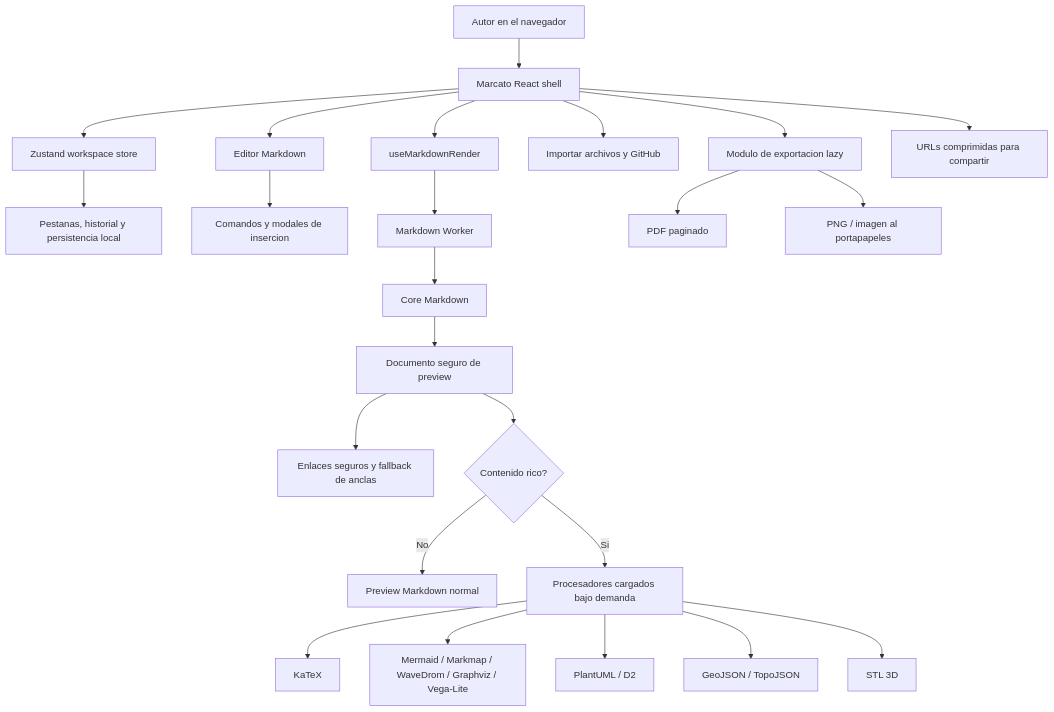
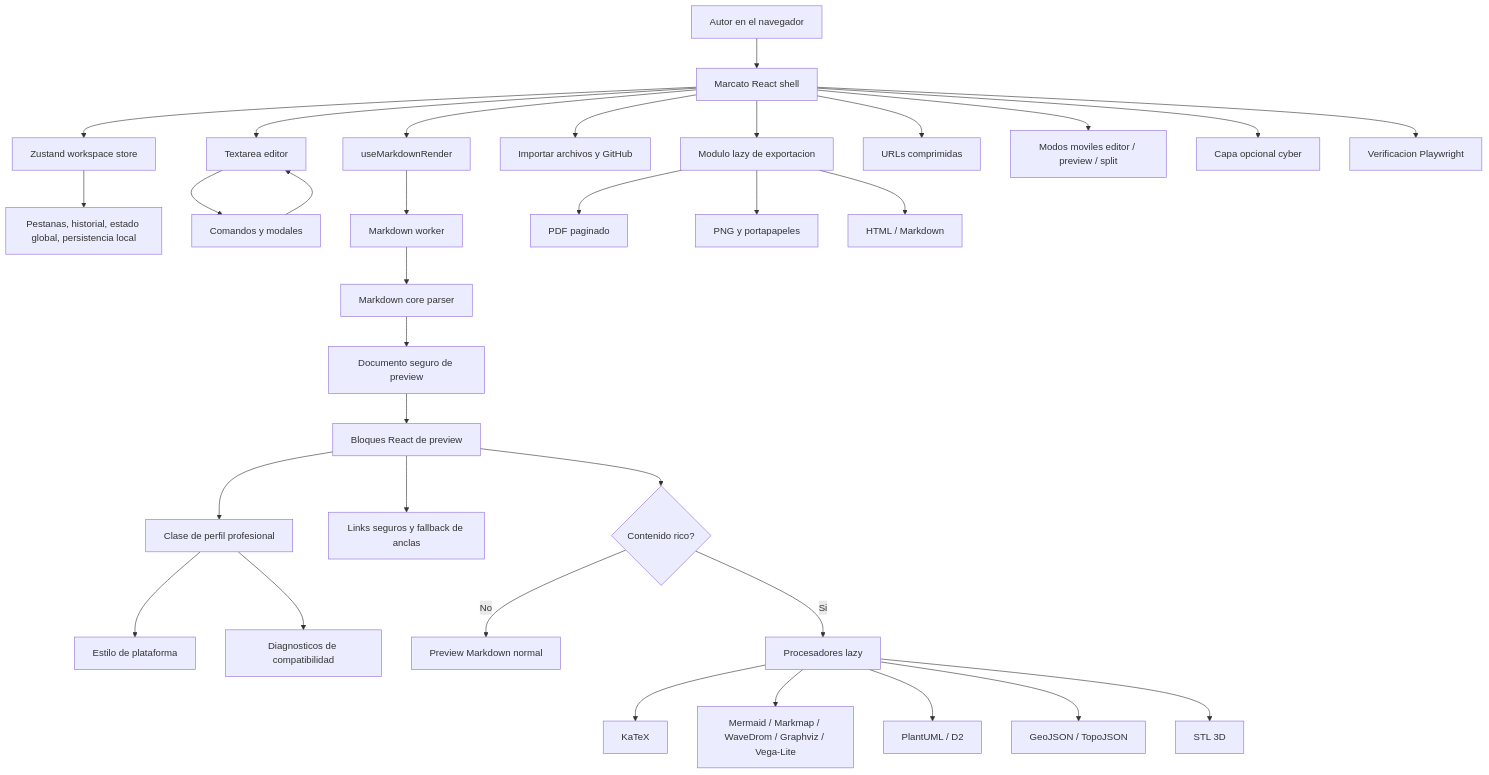
Before and after one commit to tianrking/Marcato: the diagram in README.es.md, drawn with Mermaid. The commit also changed other lines of this file and 12 other files, not shown here.

````diff
--- a/README.es.md
+++ b/README.es.md
@@ -39,26 +113,43 @@
 ```mermaid
 flowchart TB
   user[Autor en el navegador] --> shell[Marcato React shell]
+
   shell --> store[Zustand workspace store]
-  store --> tabs[Pestanas, historial y persistencia local]
-  shell --> editor[Editor Markdown]
-  editor --> commands[Comandos y modales de insercion]
+  store --> tabs[Pestanas, historial, estado global, persistencia local]
+
+  shell --> editor[Textarea editor]
+  editor --> commands[Comandos y modales]
+  commands --> editor
+
   shell --> renderHook[useMarkdownRender]
-  renderHook --> worker[Markdown Worker]
-  worker --> markdownCore[Core Markdown]
-  markdownCore --> preview[Documento seguro de preview]
-  preview --> links[Enlaces seguros y fallback de anclas]
+  renderHook --> worker[Markdown worker]
+  worker --> markdownCore[Markdown core parser]
+  markdownCore --> sanitized[Documento seguro de preview]
+  sanitized --> preview[Bloques React de preview]
+
+  preview --> profile[Clase de perfil profesional]
+  profile --> visual[Estilo de plataforma]
+  profile --> diagnostics[Diagnosticos de compatibilidad]
+
+  preview --> links[Links seguros y fallback de anclas]
   preview --> richGate{Contenido rico?}
   richGate -->|No| plain[Preview Markdown normal]
-  richGate -->|Si| processors[Procesadores cargados bajo demanda]
+  richGate -->|Si| processors[Procesadores lazy]
+
   processors --> math[KaTeX]
   processors --> diagrams[Mermaid / Markmap / WaveDrom / Graphviz / Vega-Lite]
   processors --> remote[PlantUML / D2]
   processors --> maps[GeoJSON / TopoJSON]
   processors --> stl[STL 3D]
+
   shell --> importers[Importar archivos y GitHub]
-  shell --> exporters[Modulo de exportacion lazy]
+  shell --> exporters[Modulo lazy de exportacion]
   exporters --> pdf[PDF paginado]
-  exporters --> image[PNG / imagen al portapapeles]
-  shell --> share[URLs comprimidas para compartir]
+  exporters --> images[PNG y portapapeles]
+  exporters --> html[HTML / Markdown]
+
+  shell --> share[URLs comprimidas]
+  shell --> mobile[Modos moviles editor / preview / split]
+  shell --> effects[Capa opcional cyber]
+  shell --> tests[Verificacion Playwright]
 ```
````
